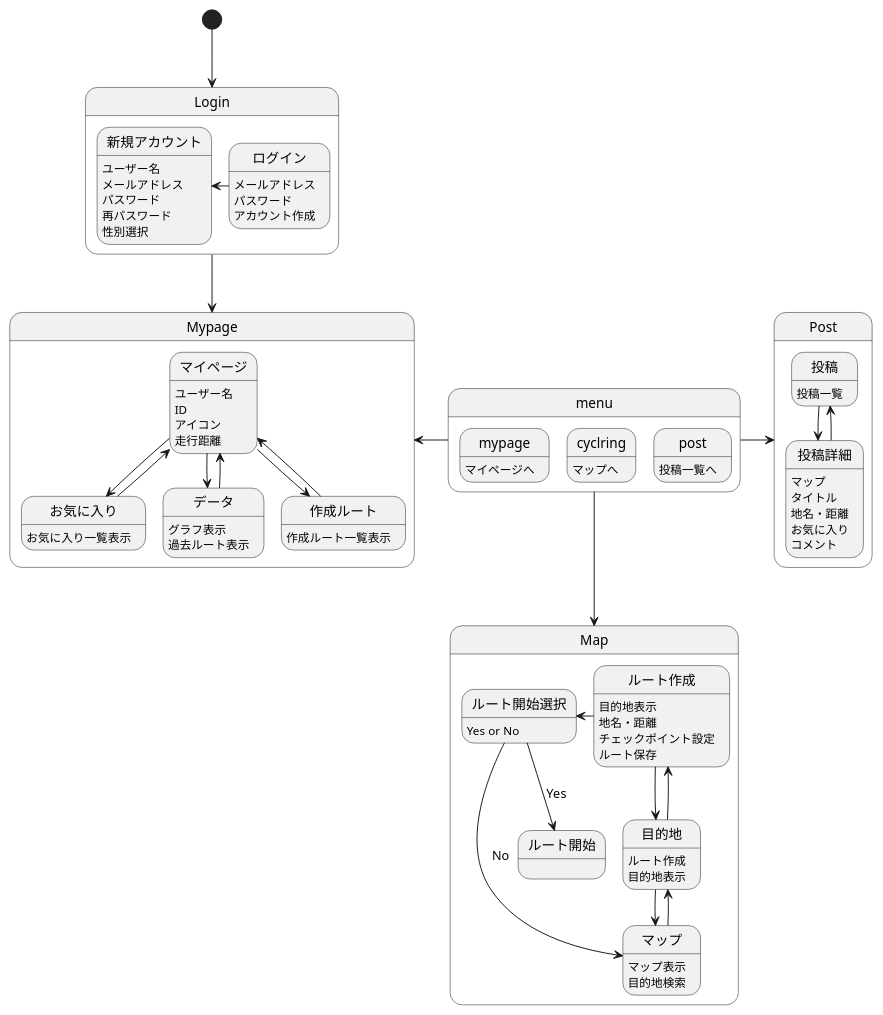
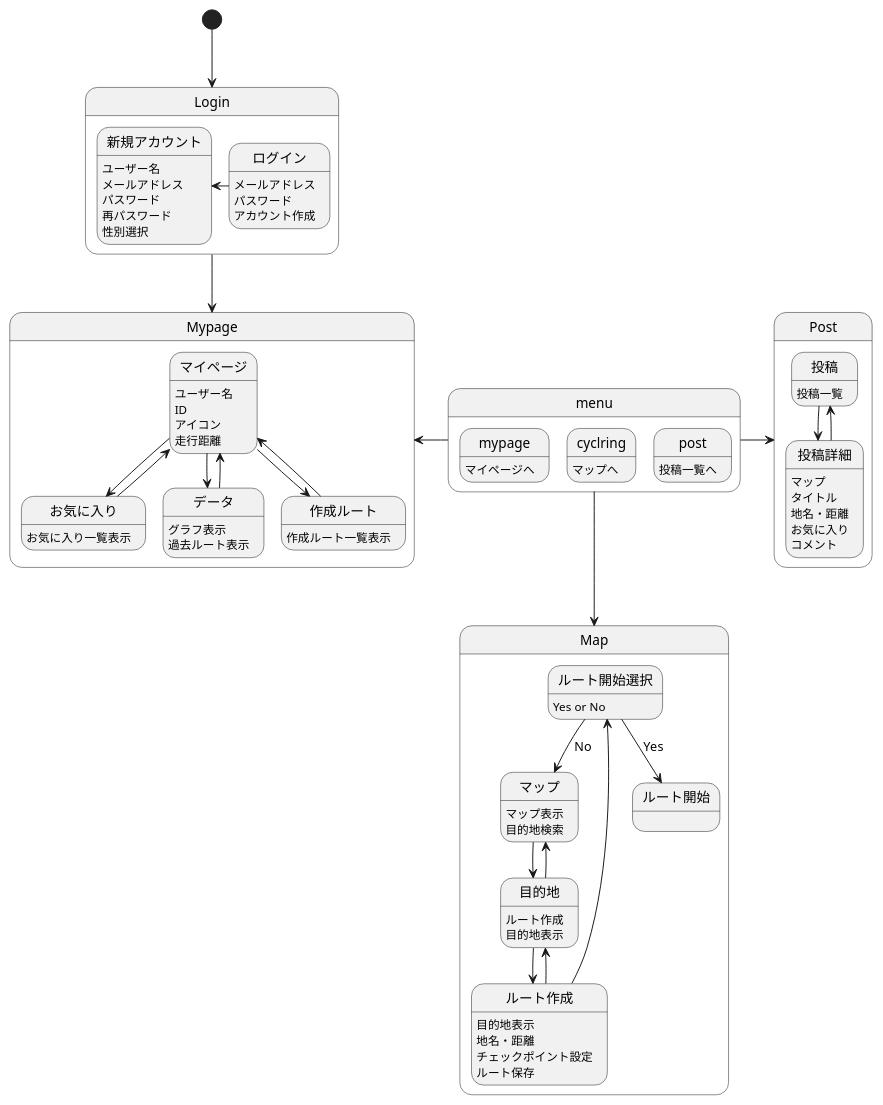
The diagram in 画面遷移図/gm.md (AsoSD3A3/CyclingSystem), drawn with PlantUML before and after one commit.

```diff
--- a/画面遷移図/gm.md
+++ b/画面遷移図/gm.md
@@ -51,11 +51,11 @@
 マップ:マップ表示
 マップ:目的地検索
 マップ-down->目的地
-目的地-->マップ
+目的地-up->マップ
 目的地:ルート作成
 目的地:目的地表示
 目的地-down->ルート作成
-ルート作成-->目的地
+ルート作成-up->目的地
 ルート作成:目的地表示
 ルート作成:地名・距離
 ルート作成:チェックポイント設定
```
